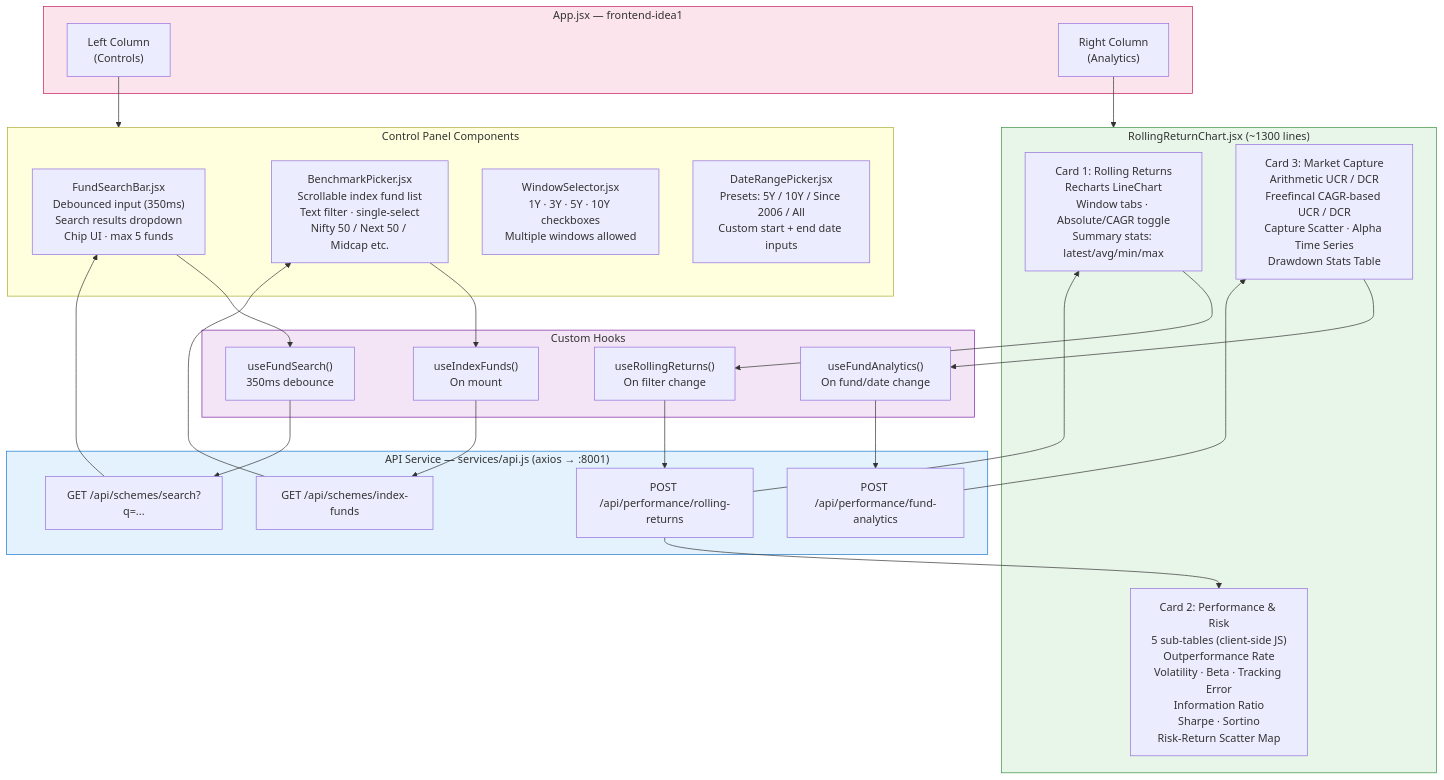
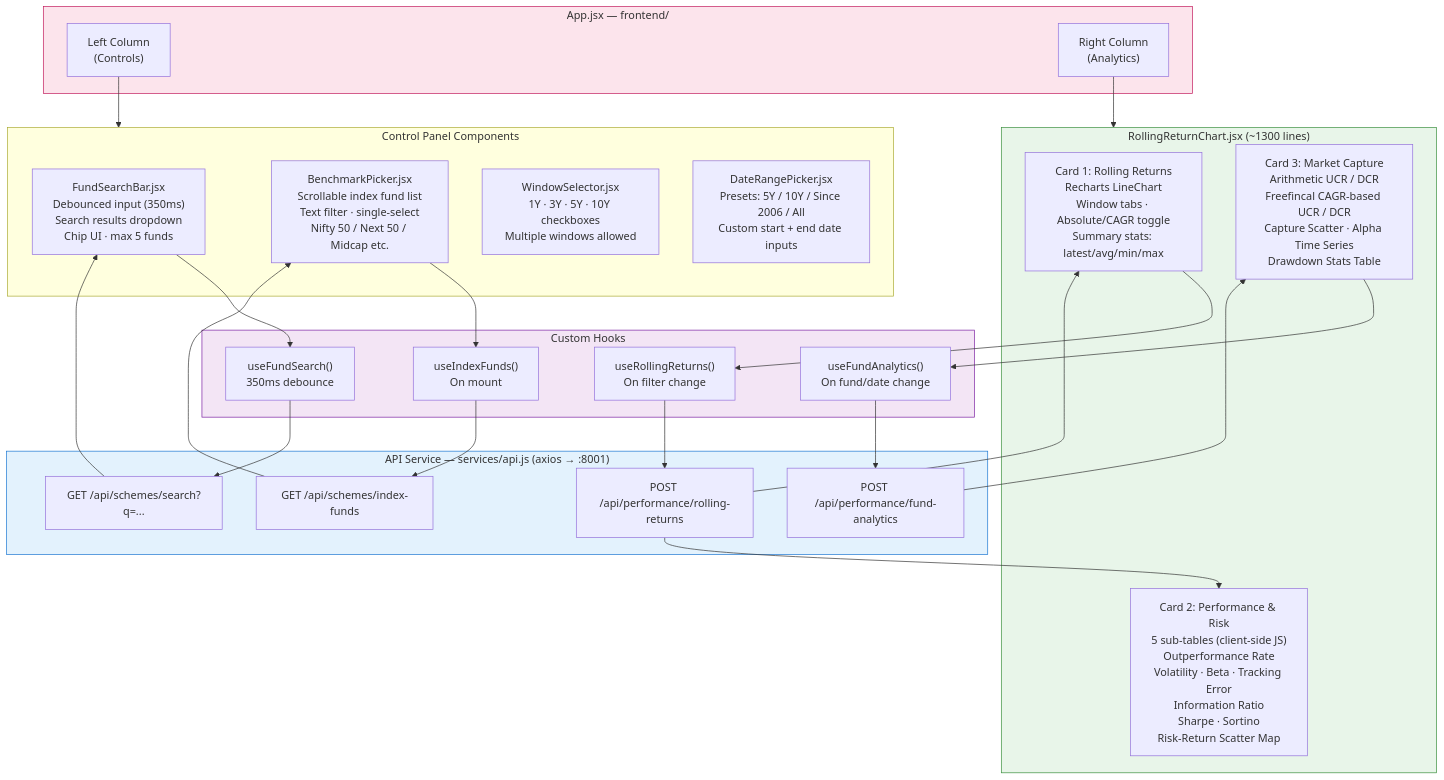
The eighth of 13 diagrams in SYSTEM_DOCUMENTATION.md (pankajanand26/historical-mf-data), drawn with Mermaid before and after one commit. The commit also changed other lines of this file and 102 other files, not shown here.

First line of the commit message:
refactor: promote frontend-idea1/backend-idea1 to main frontend/backend, remove Gen 2

````diff
--- a/SYSTEM_DOCUMENTATION.md
+++ b/SYSTEM_DOCUMENTATION.md
@@ -950,53 +951,53 @@
 ```mermaid
 graph TD
-    subgraph APP["App.jsx — frontend-idea1"]
+    subgraph APP["App.jsx — frontend/"]
         LCOL["Left Column\n(Controls)"]
         RCOL["Right Column\n(Analytics)"]
     end
 
     subgraph CONTROLS["Control Panel Components"]
         SEARCH["FundSearchBar.jsx\nDebounced input (350ms)\nSearch results dropdown\nChip UI · max 5 funds"]
         BENCH["BenchmarkPicker.jsx\nScrollable index fund list\nText filter · single-select\nNifty 50 / Next 50 / Midcap etc."]
         WIN["WindowSelector.jsx\n1Y · 3Y · 5Y · 10Y checkboxes\nMultiple windows allowed"]
         DATE["DateRangePicker.jsx\nPresets: 5Y / 10Y / Since 2006 / All\nCustom start + end date inputs"]
     end
 
     subgraph CHART["RollingReturnChart.jsx  (~1300 lines)"]
         C1["Card 1: Rolling Returns\nRecharts LineChart\nWindow tabs · Absolute/CAGR toggle\nSummary stats: latest/avg/min/max"]
         C2["Card 2: Performance & Risk\n5 sub-tables (client-side JS)\nOutperformance Rate\nVolatility · Beta · Tracking Error\nInformation Ratio\nSharpe · Sortino\nRisk-Return Scatter Map"]
         C3["Card 3: Market Capture\nArithmetic UCR / DCR\nFreefincal CAGR-based UCR / DCR\nCapture Scatter · Alpha Time Series\nDrawdown Stats Table"]
     end
 
     subgraph HOOKS["Custom Hooks"]
         HS["useFundSearch()\n350ms debounce"]
         HI["useIndexFunds()\nOn mount"]
         HR["useRollingReturns()\nOn filter change"]
         HA["useFundAnalytics()\nOn fund/date change"]
     end
 
     subgraph API["API Service — services/api.js  (axios  →  :8001)"]
         AS["GET /api/schemes/search?q=..."]
         AI["GET /api/schemes/index-funds"]
         AR["POST /api/performance/rolling-returns"]
         AA["POST /api/performance/fund-analytics"]
     end
 
     LCOL --> CONTROLS
     RCOL --> CHART
 
     SEARCH --> HS --> AS
     BENCH  --> HI --> AI
     C1     --> HR --> AR
     C3     --> HA --> AA
 
     AS --> SEARCH
     AI --> BENCH
     AR --> C1
     AR --> C2
     AA --> C3
 
     style APP fill:#fce4ec,stroke:#c2185b
     style API fill:#e3f2fd,stroke:#1976d2
     style HOOKS fill:#f3e5f5,stroke:#7b1fa2
     style CHART fill:#e8f5e9,stroke:#388e3c
 ```
````
